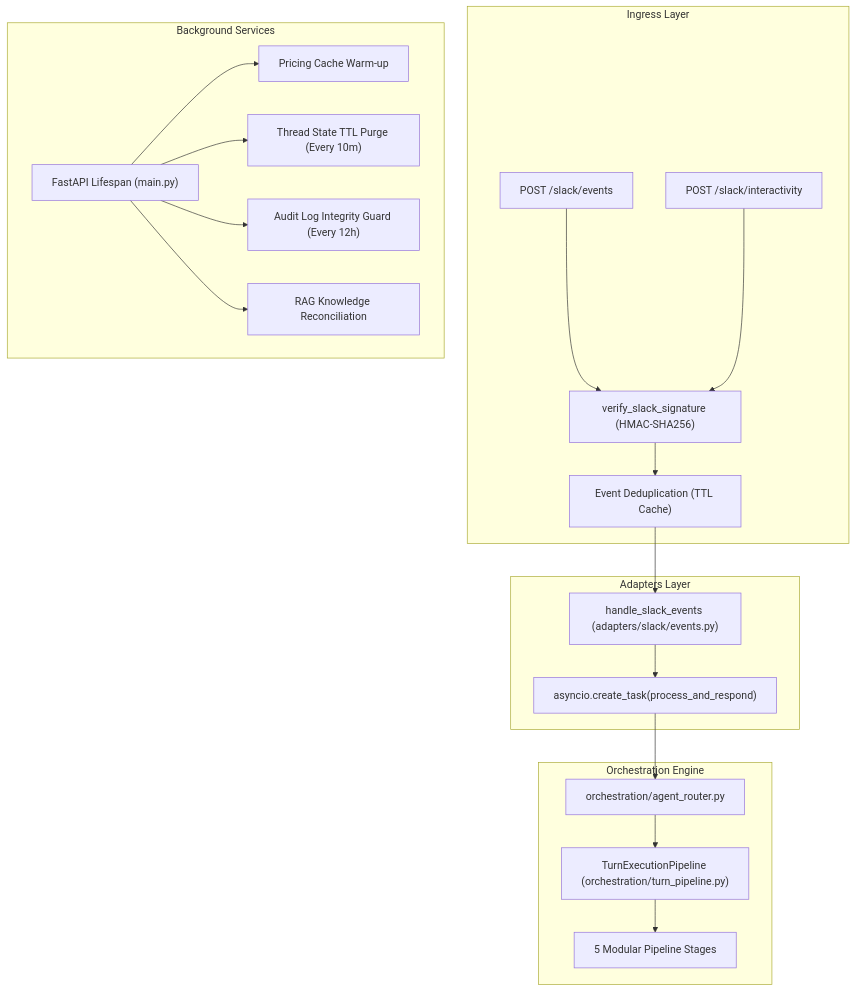
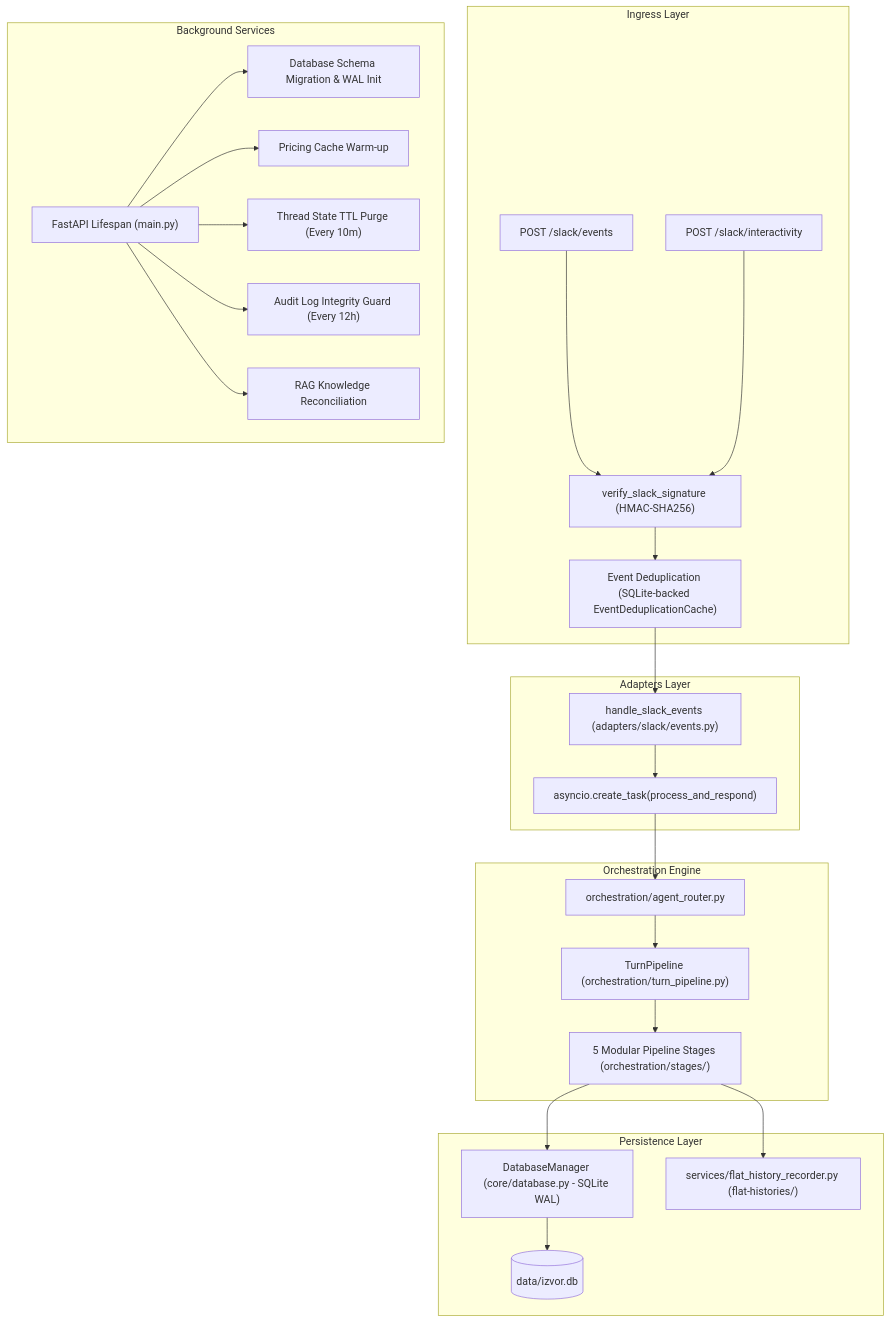
The diagram in docs/architecture/system-design.md (BranMik/Izvor), drawn with Mermaid before and after one commit. The commit also changed other lines of this file and 16 other files, not shown here.

First line of the commit message:
docs: comprehensive documentation audit and architecture alignment

````diff
--- a/docs/architecture/system-design.md
+++ b/docs/architecture/system-design.md
@@ -11,27 +11,34 @@
 ```mermaid
 graph TD
     subgraph Ingress Layer
         SlackWebhook["POST /slack/events"] --> SignatureGuard["verify_slack_signature (HMAC-SHA256)"]
         SlackInteractivity["POST /slack/interactivity"] --> SignatureGuard
-        SignatureGuard --> Dedup["Event Deduplication (TTL Cache)"]
+        SignatureGuard --> Dedup["Event Deduplication (SQLite-backed EventDeduplicationCache)"]
     end
 
     subgraph Adapters Layer
         Dedup --> EventDispatcher["handle_slack_events (adapters/slack/events.py)"]
         EventDispatcher --> AsyncWorker["asyncio.create_task(process_and_respond)"]
     end
 
     subgraph Orchestration Engine
         AsyncWorker --> AgentRouter["orchestration/agent_router.py"]
-        AgentRouter --> TurnPipeline["TurnExecutionPipeline (orchestration/turn_pipeline.py)"]
-        TurnPipeline --> Stages["5 Modular Pipeline Stages"]
+        AgentRouter --> TurnPipeline["TurnPipeline (orchestration/turn_pipeline.py)"]
+        TurnPipeline --> Stages["5 Modular Pipeline Stages (orchestration/stages/)"]
+    end
+
+    subgraph Persistence Layer
+        Stages --> DBManager["DatabaseManager (core/database.py - SQLite WAL)"]
+        DBManager --> SQLiteDB[("data/izvor.db")]
+        Stages --> FlatHistories["services/flat_history_recorder.py (flat-histories/)"]
     end
 
     subgraph Background Services
         Lifespan["FastAPI Lifespan (main.py)"]
+        Lifespan --> DBInit["Database Schema Migration & WAL Init"]
         Lifespan --> PricingWarmup["Pricing Cache Warm-up"]
         Lifespan --> ThreadPurge["Thread State TTL Purge (Every 10m)"]
         Lifespan --> AuditGuard["Audit Log Integrity Guard (Every 12h)"]
         Lifespan --> RAGReconcile["RAG Knowledge Reconciliation"]
     end
 ```
````
